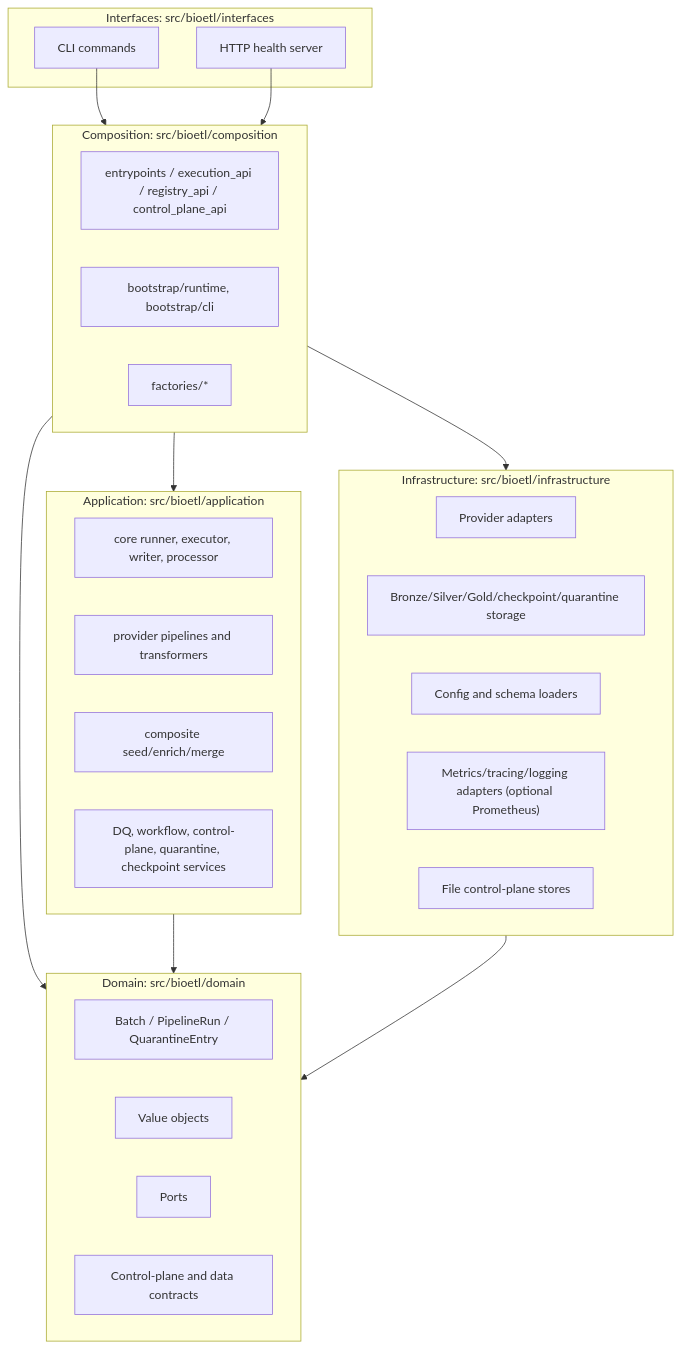
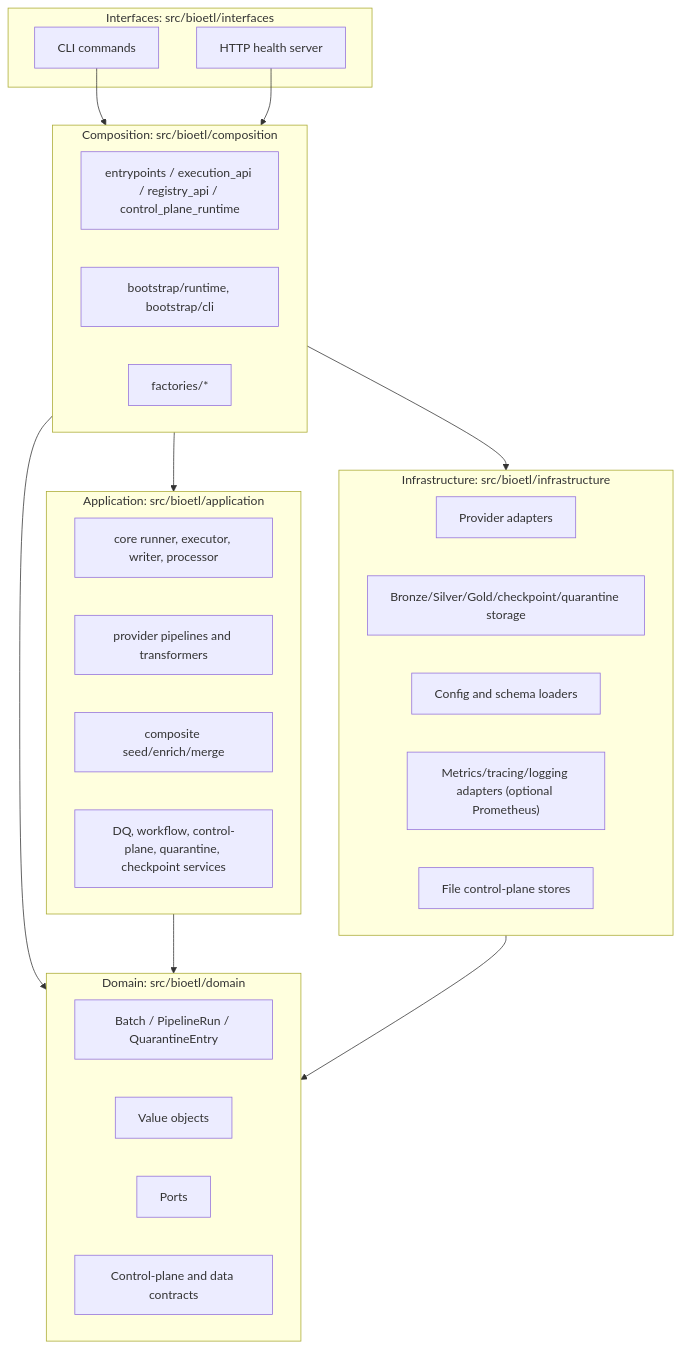
Before and after one commit to SatoryKono/BioactivityDataAcquisition: the third of 9 diagrams in docs/02-architecture/current-state-diagrams.md, drawn with Mermaid. The commit also changed 42 other files, not shown here.

````diff
--- a/docs/02-architecture/current-state-diagrams.md
+++ b/docs/02-architecture/current-state-diagrams.md
@@ -104,43 +104,43 @@
 ```mermaid
 flowchart TB
     subgraph Interfaces["Interfaces: src/bioetl/interfaces"]
         CLI["CLI commands"]
         HTTP["HTTP health server"]
     end
 
     subgraph Composition["Composition: src/bioetl/composition"]
-        APIs["entrypoints / execution_api / registry_api / control_plane_api"]
+        APIs["entrypoints / execution_api / registry_api / control_plane_runtime"]
         Boot["bootstrap/runtime, bootstrap/cli"]
         Factories["factories/*"]
     end
 
     subgraph Application["Application: src/bioetl/application"]
         Core["core runner, executor, writer, processor"]
         Pipelines["provider pipelines and transformers"]
         Composite["composite seed/enrich/merge"]
         Services["DQ, workflow, control-plane, quarantine, checkpoint services"]
     end
 
     subgraph Domain["Domain: src/bioetl/domain"]
         Aggregates["Batch / PipelineRun / QuarantineEntry"]
         VOs["Value objects"]
         Ports["Ports"]
         Contracts["Control-plane and data contracts"]
     end
 
     subgraph Infrastructure["Infrastructure: src/bioetl/infrastructure"]
         Adapters["Provider adapters"]
         Storage["Bronze/Silver/Gold/checkpoint/quarantine storage"]
         Config["Config and schema loaders"]
         Obs["Metrics/tracing/logging adapters (optional Prometheus)"]
         Stores["File control-plane stores"]
     end
 
     CLI --> Composition
     HTTP --> Composition
     Composition --> Application
     Composition --> Infrastructure
     Composition --> Domain
     Application --> Domain
     Infrastructure --> Domain
 ```
````
